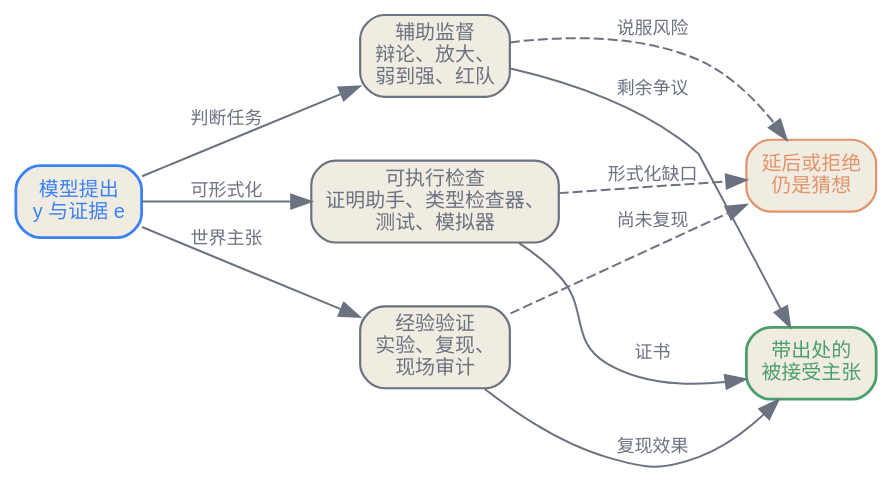
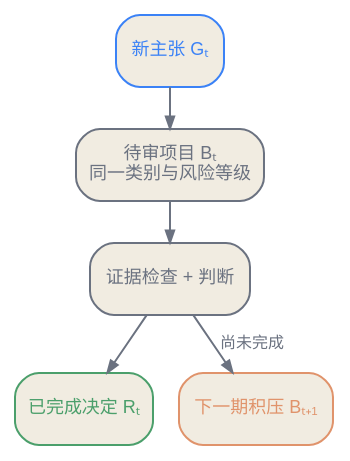
One commit to latere-ai/ai-as-an-infrastructure changed the second of 4 diagrams in zh/frontiers/03-verification-frontier.qmd. Above: the diagram before and after it, drawn with Graphviz. The commit also changed other lines of this file and 1 other file, not shown here.

Commit message:
docs: rewrite Chinese verification frontier chapter

````diff
--- a/zh/frontiers/03-verification-frontier.qmd
+++ b/zh/frontiers/03-verification-frontier.qmd
@@ -47,28 +83,18 @@
 ```{dot}
-//| label: fig-verification-regimes
-//| fig-cap: "三种验证制度。可执行检查在主张可形式化时最便宜；辅助监督在判断可分解或可被质询时有用；经验验证更慢，但对于关于世界的主张不可替代。"
+//| label: fig-verification-queue
+//| fig-cap: "验证是一道服务边界。新主张进入按类别划分的队列，已完成的决定会减少积压，未完成的工作则继续显式保留，而不会被默认为已经接受。"
 digraph {
   bgcolor="transparent";
-  rankdir=LR;
-  nodesep=0.45; ranksep=0.65;
-  node [shape=box, style="rounded,filled", fontname="Helvetica", fontsize=10, color="#6b7280", fontcolor="#6b7280", fillcolor="#f1ece1", penwidth=1.1];
-  edge [fontsize=9, fontname="Helvetica", color="#6b7280", fontcolor="#6b7280"];
-
-  gen [label="模型提出\ny 与证据 e", color="#3b82f6", fontcolor="#3b82f6", penwidth=1.4];
-  formal [label="可执行检查\n证明助手、类型检查器、\n测试、模拟器"];
-  oversight [label="辅助监督\n辩论、放大、\n弱到强、红队"];
-  empirical [label="经验验证\n实验、复现、\n现场审计"];
-  accept [label="带出处的\n被接受主张", color="#4b9f6b", fontcolor="#4b9f6b", penwidth=1.4];
-  defer [label="延后或拒绝\n仍是猜想", color="#e0936b", fontcolor="#e0936b"];
-
-  gen -> formal [label="可形式化"];
-  gen -> oversight [label="判断任务"];
-  gen -> empirical [label="世界主张"];
-  formal -> accept [label="证书"];
-  oversight -> accept [label="剩余争议"];
-  empirical -> accept [label="复现效果"];
-  formal -> defer [style=dashed, label="形式化缺口"];
-  oversight -> defer [style=dashed, label="说服风险"];
-  empirical -> defer [style=dashed, label="尚未复现"];
+  rankdir=TB;
+  nodesep=0.18; ranksep=0.26;
+  node [shape=box, style="rounded,filled", fontname="Helvetica", fontsize=9, color="#6b7280", fontcolor="#6b7280", fillcolor="#f1ece1", margin="0.08,0.05"];
+  edge [fontname="Helvetica", fontsize=8, color="#6b7280", fontcolor="#6b7280", arrowsize=0.6];
+  arrivals [label="新主张 Gₜ", color="#3b82f6", fontcolor="#3b82f6"];
+  backlog [label="待审项目 Bₜ\n同一类别与风险等级"];
+  review [label="证据检查 + 判断"];
+  complete [label="已完成决定 Rₜ", color="#4b9f6b", fontcolor="#4b9f6b"];
+  remain [label="下一期积压 Bₜ₊₁", color="#e0936b", fontcolor="#e0936b"];
+  arrivals -> backlog -> review -> complete;
+  review -> remain [label="尚未完成"];
 }
 ```
````
